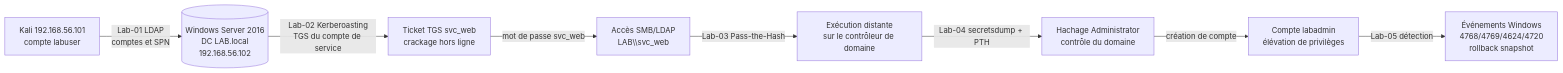
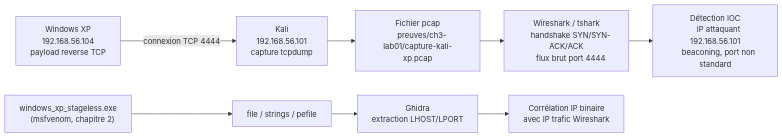
The diagram in chapitre-03.md (yugmerabtene/hmda), drawn with Mermaid before and after one commit. The commit also changed other lines of this file and 1 other file, not shown here.

````diff
--- a/chapitre-03.md
+++ b/chapitre-03.md
@@ -60,22 +66,22 @@
 ```mermaid
 flowchart LR
-    A["Kali 192.168.56.101
-compte labuser"] -->|Lab-01 LDAP
-comptes et SPN| B[(Windows Server 2016
-DC LAB.local
-192.168.56.102)]
-    B -->|Lab-02 Kerberoasting
-TGS du compte de service| C[Ticket TGS svc_web
-crackage hors ligne]
-    C -->|mot de passe svc_web| D["Accès SMB/LDAP
-LAB\\svc_web"]
-    D -->|Lab-03 Pass-the-Hash| E["Exécution distante
-sur le contrôleur de domaine"]
-    E -->|Lab-04 secretsdump + PTH| F["Hachage Administrator
-contrôle du domaine"]
-    F -->|création de compte| G["Compte labadmin
-élévation de privilèges"]
-    G -->|Lab-05 détection| H["Événements Windows
-4768/4769/4624/4720
-rollback snapshot"]
+    A["Windows XP
+    192.168.56.104
+    payload reverse TCP"] -->|connexion TCP 4444| B["Kali
+    192.168.56.101
+    capture tcpdump"]
+    B --> C["Fichier pcap
+    preuves/ch3-lab01/capture-kali-xp.pcap"]
+    C --> D["Wireshark / tshark
+    handshake SYN/SYN-ACK/ACK
+    flux brut port 4444"]
+    D --> E["Détection IOC
+    IP attaquant 192.168.56.101
+    beaconing, port non standard"]
+    F["windows_xp_stageless.exe
+    (msfvenom, chapitre 2)"] --> G["file / strings / pefile"]
+    G --> H["Ghidra
+    extraction LHOST/LPORT"]
+    H --> I["Corrélation IP binaire
+    avec IP trafic Wireshark"]
 ```
````
